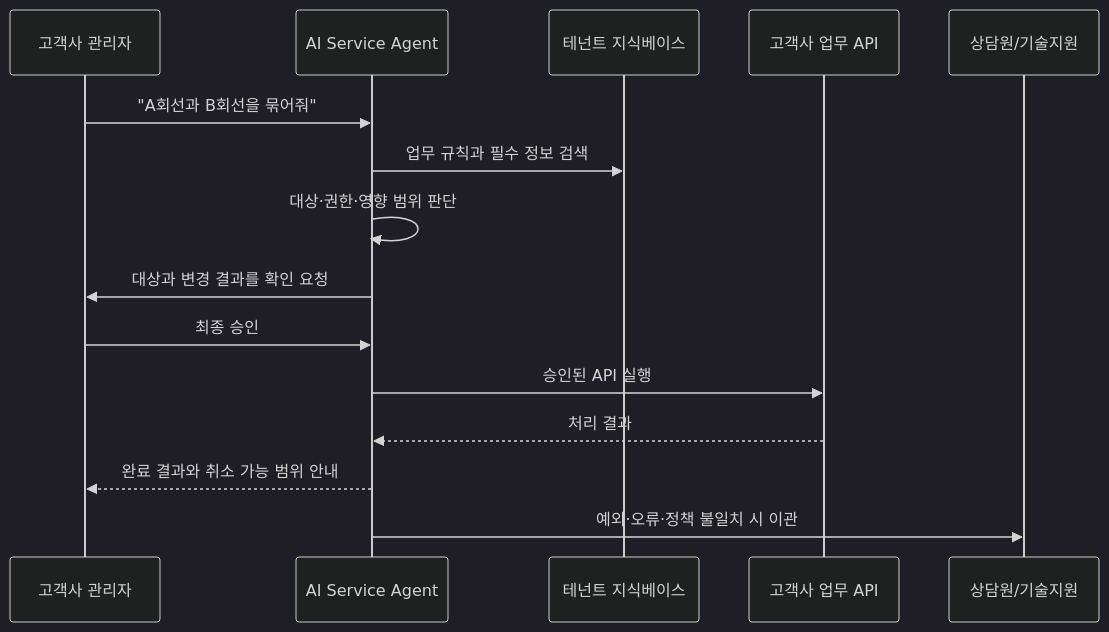
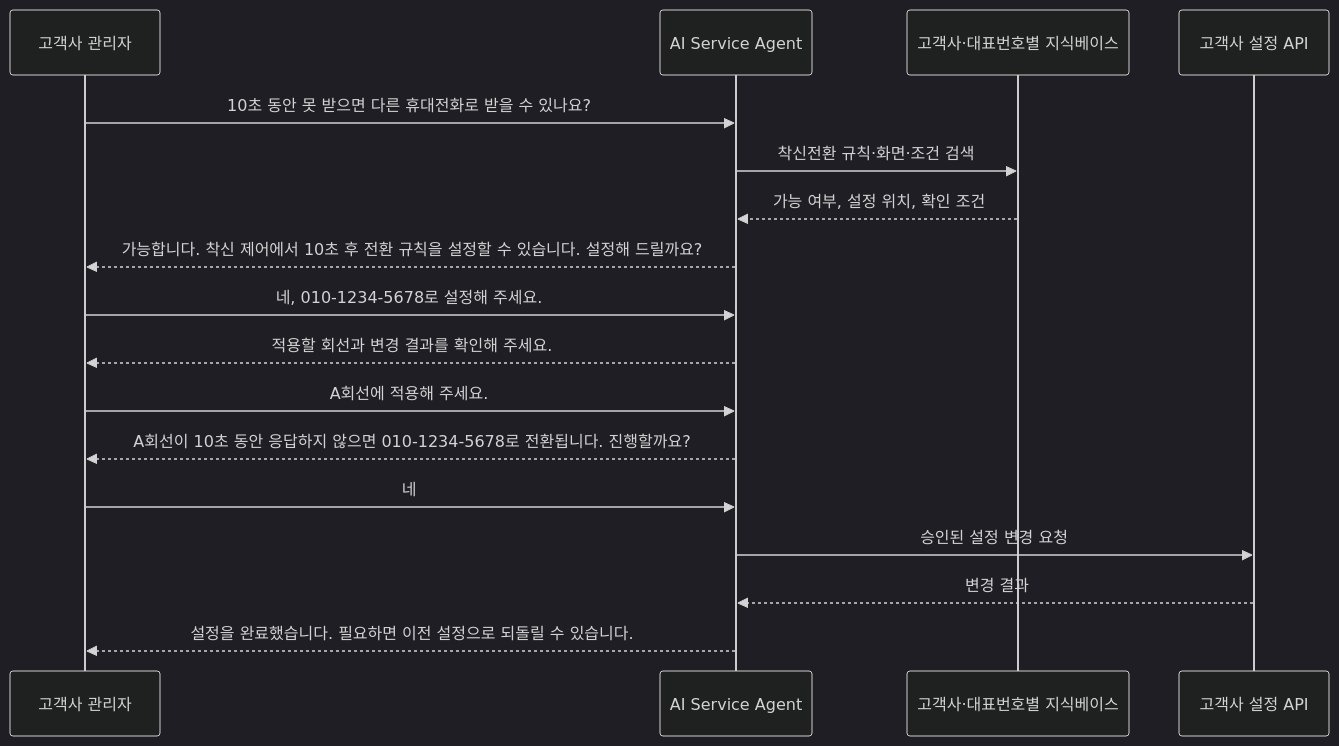
Before and after one commit to hak023/sip_pbx: the third of 8 diagrams in docs/AI_SERVICE_AGENT_SERVICE_INTRODUCTION.md, drawn with Mermaid (dark theme). The commit also changed other lines of this file and 3 other files, not shown here.

Commit message:
docs: publish AI Service Agent PoC

````diff
--- a/docs/AI_SERVICE_AGENT_SERVICE_INTRODUCTION.md
+++ b/docs/AI_SERVICE_AGENT_SERVICE_INTRODUCTION.md
@@ -96,18 +59,20 @@
 ```mermaid
 sequenceDiagram
-    participant Admin as 고객사 관리자
-    participant Agent as AI Service Agent
-    participant KB as 테넌트 지식베이스
-    participant API as 고객사 업무 API
-    participant CS as 상담원/기술지원
+    participant U as 고객사 관리자
+    participant A as AI Service Agent
+    participant K as 고객사·대표번호별 지식베이스
+    participant X as 고객사 설정 API
 
-    Admin->>Agent: "A회선과 B회선을 묶어줘"
-    Agent->>KB: 업무 규칙과 필수 정보 검색
-    Agent->>Agent: 대상·권한·영향 범위 판단
-    Agent->>Admin: 대상과 변경 결과를 확인 요청
-    Admin->>Agent: 최종 승인
-    Agent->>API: 승인된 API 실행
-    API-->>Agent: 처리 결과
-    Agent-->>Admin: 완료 결과와 취소 가능 범위 안내
-    Agent->>CS: 예외·오류·정책 불일치 시 이관
+    U->>A: 10초 동안 못 받으면 다른 휴대전화로 받을 수 있나요?
+    A->>K: 착신전환 규칙·화면·조건 검색
+    K-->>A: 가능 여부, 설정 위치, 확인 조건
+    A-->>U: 가능합니다. 착신 제어에서 10초 후 전환 규칙을 설정할 수 있습니다. 설정해 드릴까요?
+    U->>A: 네, 010-1234-5678로 설정해 주세요.
+    A-->>U: 적용할 회선과 변경 결과를 확인해 주세요.
+    U->>A: A회선에 적용해 주세요.
+    A-->>U: A회선이 10초 동안 응답하지 않으면 010-1234-5678로 전환됩니다. 진행할까요?
+    U->>A: 네
+    A->>X: 승인된 설정 변경 요청
+    X-->>A: 변경 결과
+    A-->>U: 설정을 완료했습니다. 필요하면 이전 설정으로 되돌릴 수 있습니다.
 ```
````
